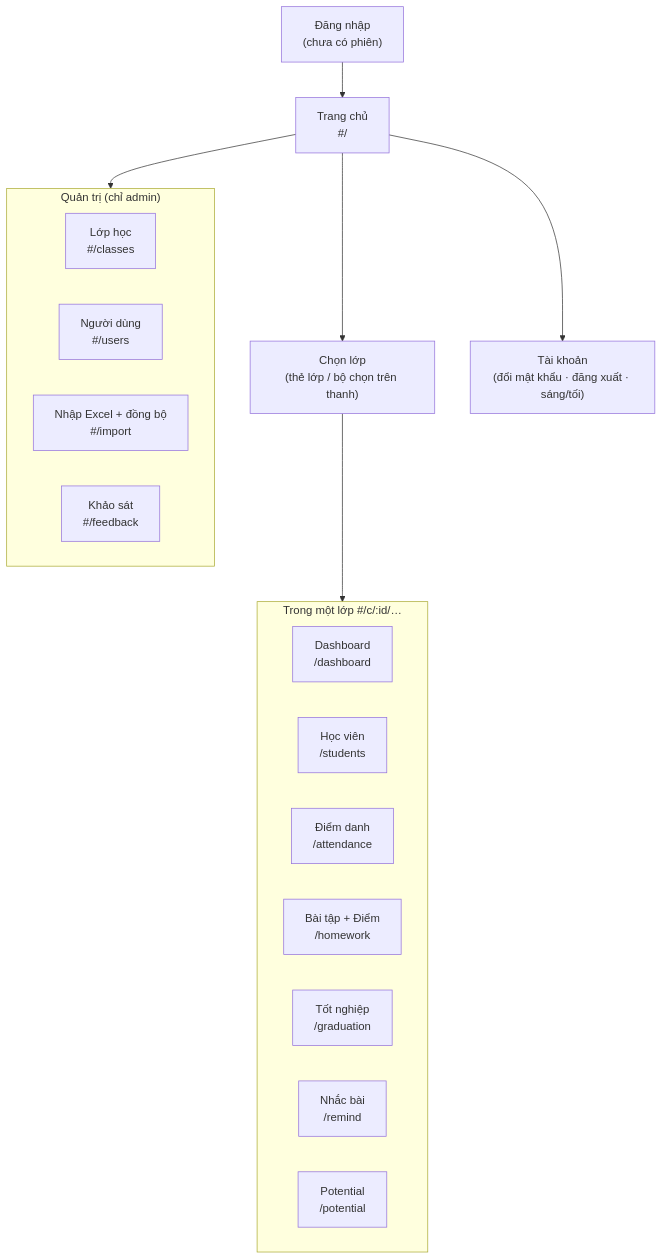
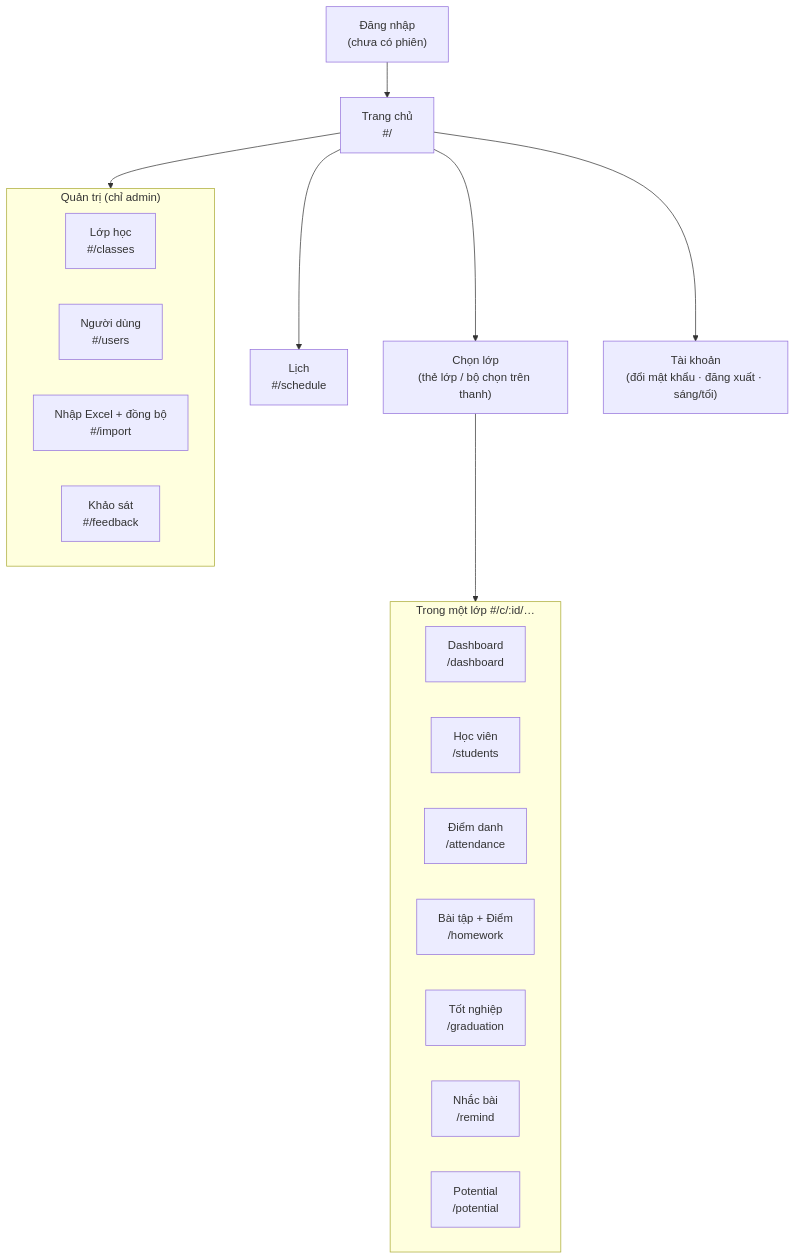
One commit to fuku-tn/class-manager changed the diagram in Documents/2-giao-dien/sitemap.md. Above: the diagram before and after it, drawn with Mermaid. The commit also changed 9 other files, not shown here.

````diff
--- a/Documents/2-giao-dien/sitemap.md
+++ b/Documents/2-giao-dien/sitemap.md
@@ -9,28 +9,29 @@
 ```mermaid
 flowchart TD
   L["Đăng nhập<br/>(chưa có phiên)"] --> H
 
   H["Trang chủ<br/>#/"]
+  H --> SC["Lịch<br/>#/schedule"]
   H --> CL["Chọn lớp<br/>(thẻ lớp / bộ chọn trên thanh)"]
   CL --> C
 
   subgraph C["Trong một lớp  #/c/:id/…"]
     D["Dashboard<br/>/dashboard"]
     S["Học viên<br/>/students"]
     A["Điểm danh<br/>/attendance"]
     W["Bài tập + Điểm<br/>/homework"]
     G["Tốt nghiệp<br/>/graduation"]
     R["Nhắc bài<br/>/remind"]
     P["Potential<br/>/potential"]
   end
 
   H --> ADM
   subgraph ADM["Quản trị (chỉ admin)"]
     K["Lớp học<br/>#/classes"]
     U["Người dùng<br/>#/users"]
     I["Nhập Excel + đồng bộ<br/>#/import"]
     F["Khảo sát<br/>#/feedback"]
   end
 
   H --> ME["Tài khoản<br/>(đổi mật khẩu · đăng xuất · sáng/tối)"]
 ```
````
